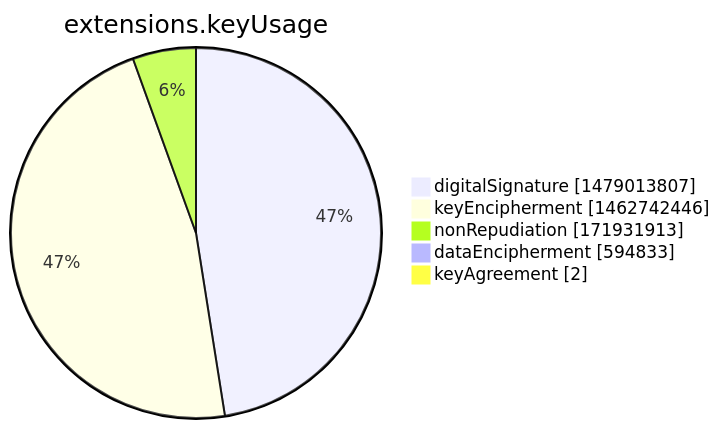
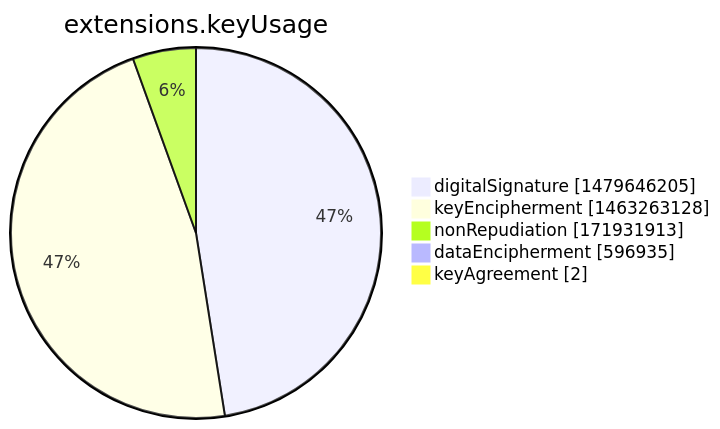
The seventh of 15 diagrams in argon2022/README.md (christiankrug/ctmonitor_visualization), drawn with Mermaid before and after one commit. The commit also changed other lines of this file, not shown here.

````diff
--- a/argon2022/README.md
+++ b/argon2022/README.md
@@ -2751,9 +2751,9 @@
 ```mermaid
 pie showData
 title extensions.keyUsage
-"digitalSignature" :1479013807
-"keyEncipherment" :1462742446
+"digitalSignature" :1479646205
+"keyEncipherment" :1463263128
 "nonRepudiation" :171931913
-"dataEncipherment" :594833
+"dataEncipherment" :596935
 "keyAgreement" :2
 ```
````
